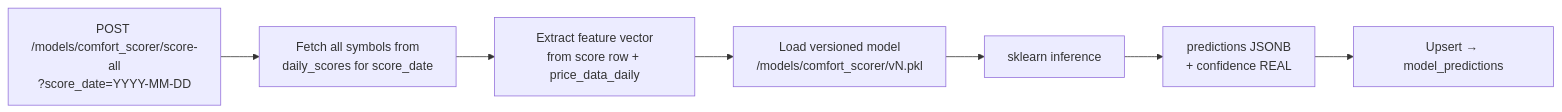
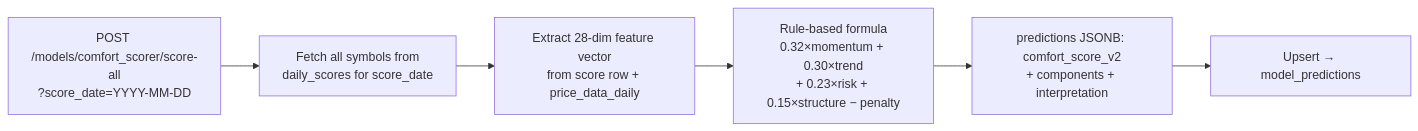
One commit to ramanathan23/trader-cockpit-app changed the ninth of 13 diagrams in docs/DATA_PIPELINE.md. Above: the diagram before and after it, drawn with Mermaid. The commit also changed other lines of this file and 4 other files, not shown here.

````diff
--- a/docs/DATA_PIPELINE.md
+++ b/docs/DATA_PIPELINE.md
@@ -247,12 +291,11 @@
 ```mermaid
 flowchart LR
     trigger["POST /models/comfort_scorer/score-all\n?score_date=YYYY-MM-DD"]
     fetch["Fetch all symbols from\ndaily_scores for score_date"]
-    features["Extract feature vector\nfrom score row + price_data_daily"]
-    load["Load versioned model\n/models/comfort_scorer/vN.pkl"]
-    infer["sklearn inference"]
-    out["predictions JSONB\n+ confidence REAL"]
+    features["Extract 28-dim feature vector\nfrom score row + price_data_daily"]
+    compute["Rule-based formula\n0.32×momentum + 0.30×trend\n+ 0.23×risk + 0.15×structure − penalty"]
+    out["predictions JSONB: comfort_score_v2\n+ components + interpretation"]
     store["Upsert → model_predictions"]
 
-    trigger --> fetch --> features --> load --> infer --> out --> store
+    trigger --> fetch --> features --> compute --> out --> store
 ```
````
